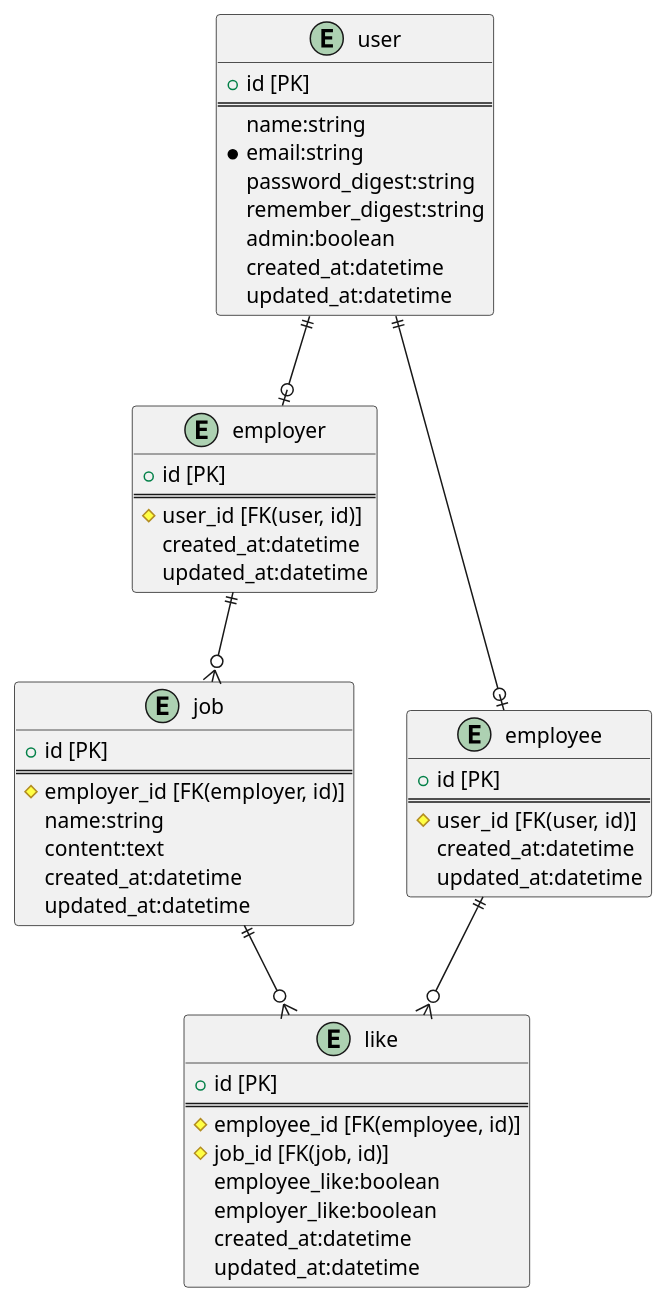
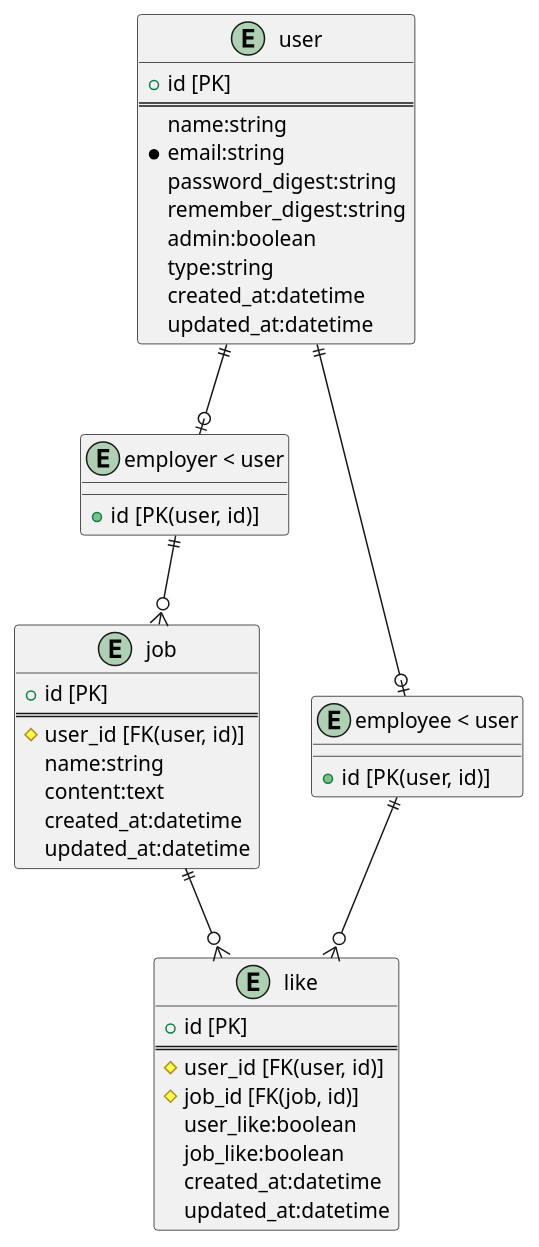
Before and after one commit to muryakami/Like-App: the diagram in ER-diagram.puml, drawn with PlantUML. The commit also changed 1 other file, not shown here.

Commit message:
Update ER-diagram

```diff
--- a/ER-diagram.puml
+++ b/ER-diagram.puml
@@ -1,60 +1,53 @@
 @startuml prototype
 
 entity "user" {
   + id [PK]
   ==
   name:string
   * email:string
   password_digest:string
   remember_digest:string
   admin:boolean
+  type:string
   created_at:datetime
   updated_at:datetime
 }
 
-entity "employer" {
-  + id [PK]
-  ==
-  # user_id [FK(user, id)]
-  created_at:datetime
-  updated_at:datetime
+entity "employer < user" as employer {
+  + id [PK(user, id)]
+}
+
+entity "employee < user" as employee {
+  + id [PK(user, id)]
 }
 
 entity "job" {
   + id [PK]
   ==
-  # employer_id [FK(employer, id)]
+  # user_id [FK(user, id)]
   name:string
   content:text
-  created_at:datetime
-  updated_at:datetime
-}
-
-entity "employee" {
-  + id [PK]
-  ==
-  # user_id [FK(user, id)]
   created_at:datetime
   updated_at:datetime
 }
 
 entity "like" {
   + id [PK]
   ==
-  # employee_id [FK(employee, id)]
+  # user_id [FK(user, id)]
   # job_id [FK(job, id)]
-  employee_like:boolean
-  employer_like:boolean
+  user_like:boolean
+  job_like:boolean
   created_at:datetime
   updated_at:datetime
 }
 
 user ||--o| employer
 user ||--o| employee
 
 employer ||--o{ job
 
 job ||--o{ like
 employee ||--o{ like
 
 @enduml
```
